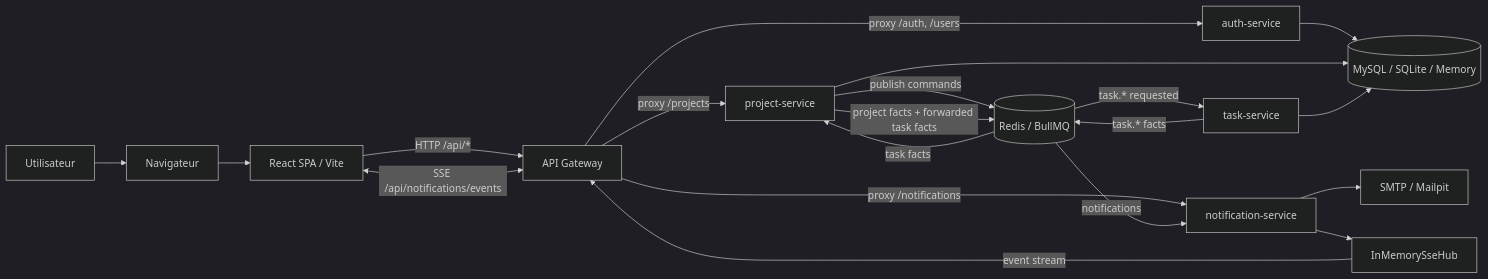
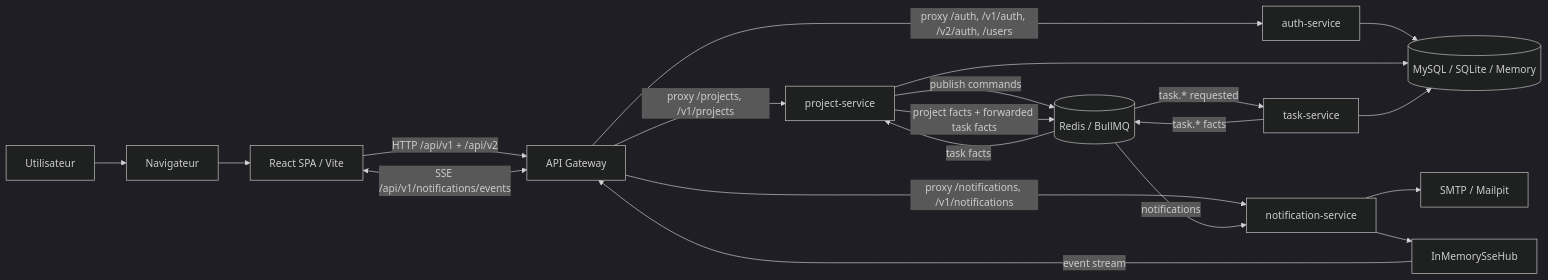
The first of 5 diagrams in docs/technical/architecture.md (Tres7/projet-archi-to-do-list), drawn with Mermaid (dark theme) before and after one commit. The commit also changed other lines of this file and 13 other files, not shown here.

````diff
--- a/docs/technical/architecture.md
+++ b/docs/technical/architecture.md
@@ -11,27 +11,27 @@
 ```mermaid
 flowchart LR
     User[Utilisateur] --> Browser[Navigateur]
     Browser --> Client[React SPA / Vite]
 
-    Client -->|HTTP /api/*| Gateway[API Gateway]
-    Client <-->|SSE /api/notifications/events| Gateway
+    Client -->|HTTP /api/v1 + /api/v2| Gateway[API Gateway]
+    Client <-->|SSE /api/v1/notifications/events| Gateway
 
-    Gateway -->|proxy /auth, /users| Auth[auth-service]
-    Gateway -->|proxy /projects| Project[project-service]
-    Gateway -->|proxy /notifications| Notification[notification-service]
+    Gateway -->|proxy /auth, /v1/auth, /v2/auth, /users| Auth[auth-service]
+    Gateway -->|proxy /projects, /v1/projects| Project[project-service]
+    Gateway -->|proxy /notifications, /v1/notifications| Notification[notification-service]
 
     Project -->|publish commands| Redis[(Redis / BullMQ)]
     Redis -->|task.* requested| Task[task-service]
     Task -->|task.* facts| Redis
     Redis -->|task facts| Project
     Project -->|project facts + forwarded task facts| Redis
     Redis -->|notifications| Notification
 
     Auth --> Storage[(MySQL / SQLite / Memory)]
     Project --> Storage
     Task --> Storage
 
     Notification --> Mailpit[SMTP / Mailpit]
     Notification --> SseHub[InMemorySseHub]
     SseHub -->|event stream| Gateway
 ```
````
